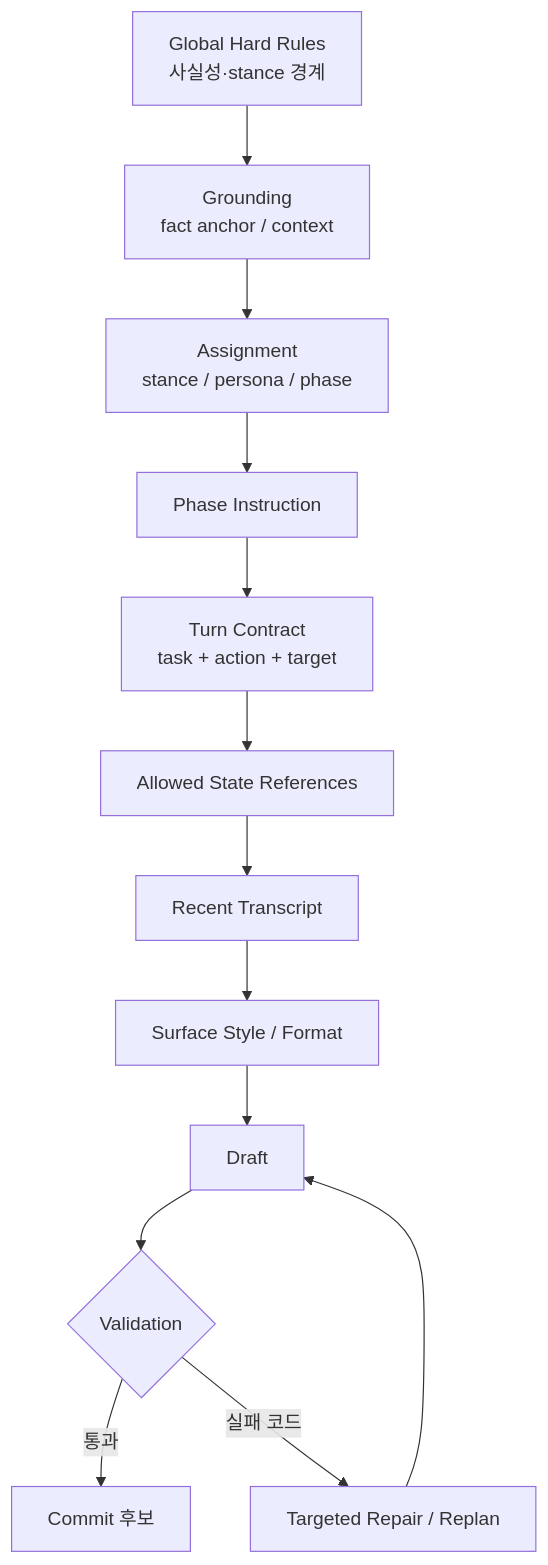
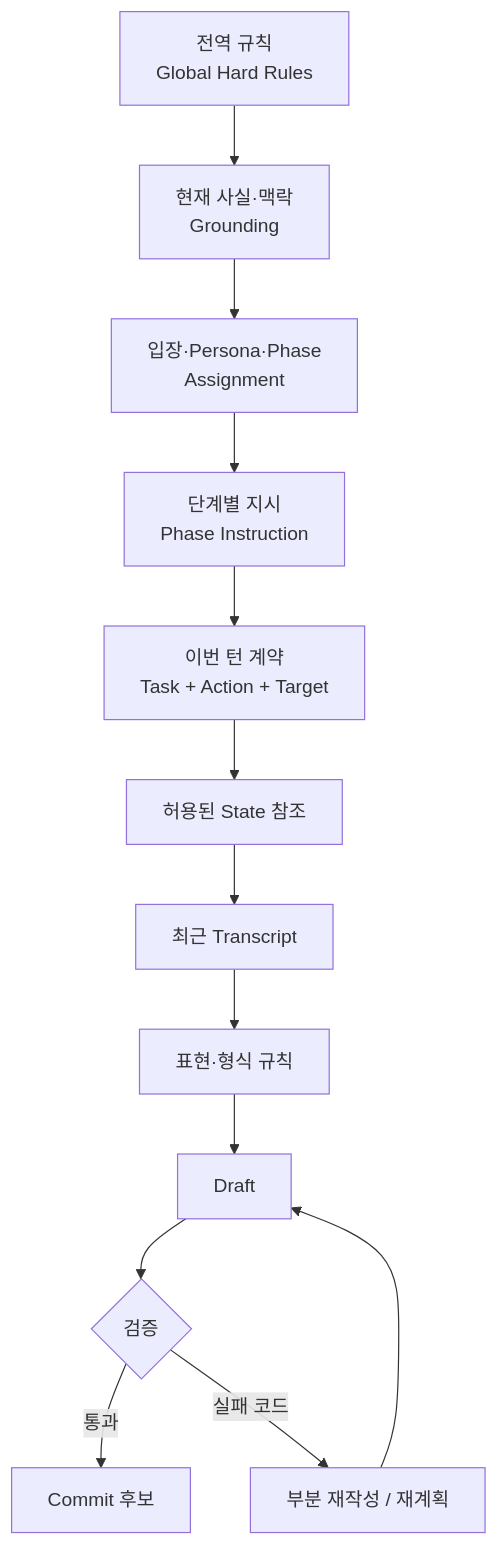
Before and after one commit to hodob/A1-3: the ninth of 11 diagrams in README.md, drawn with Mermaid. The commit also changed other lines of this file, not shown here.

Commit message:
Refine README readability with multi-view architecture hierarchy

````diff
--- a/README.md
+++ b/README.md
@@ -389,15 +486,15 @@
 ```mermaid
 flowchart TD
-    A[Global Hard Rules<br/>사실성·stance 경계] --> B[Grounding<br/>fact anchor / context]
-    B --> C[Assignment<br/>stance / persona / phase]
-    C --> D[Phase Instruction]
-    D --> E[Turn Contract<br/>task + action + target]
-    E --> F[Allowed State References]
-    F --> G[Recent Transcript]
-    G --> H[Surface Style / Format]
+    A[전역 규칙<br/>Global Hard Rules] --> B[현재 사실·맥락<br/>Grounding]
+    B --> C[입장·Persona·Phase<br/>Assignment]
+    C --> D[단계별 지시<br/>Phase Instruction]
+    D --> E[이번 턴 계약<br/>Task + Action + Target]
+    E --> F[허용된 State 참조]
+    F --> G[최근 Transcript]
+    G --> H[표현·형식 규칙]
     H --> I[Draft]
-    I --> J{Validation}
+    I --> J{검증}
     J -->|통과| K[Commit 후보]
-    J -->|실패 코드| L[Targeted Repair / Replan]
+    J -->|실패 코드| L[부분 재작성 / 재계획]
     L --> I
 ```
````
